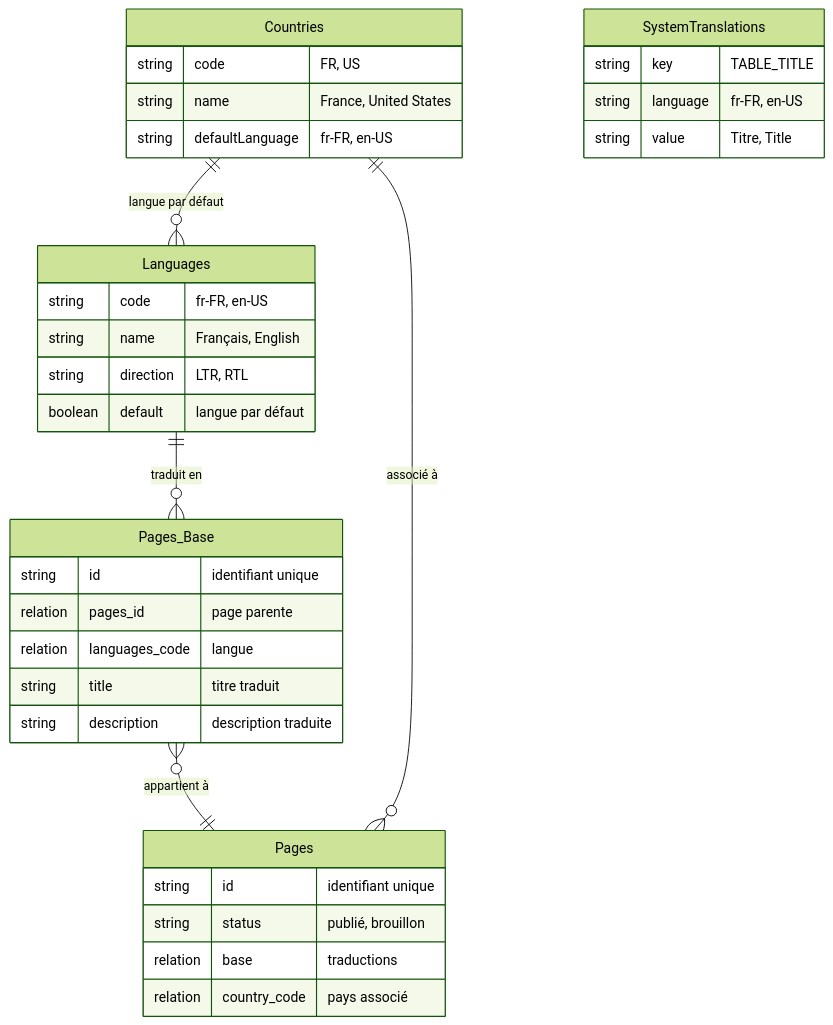
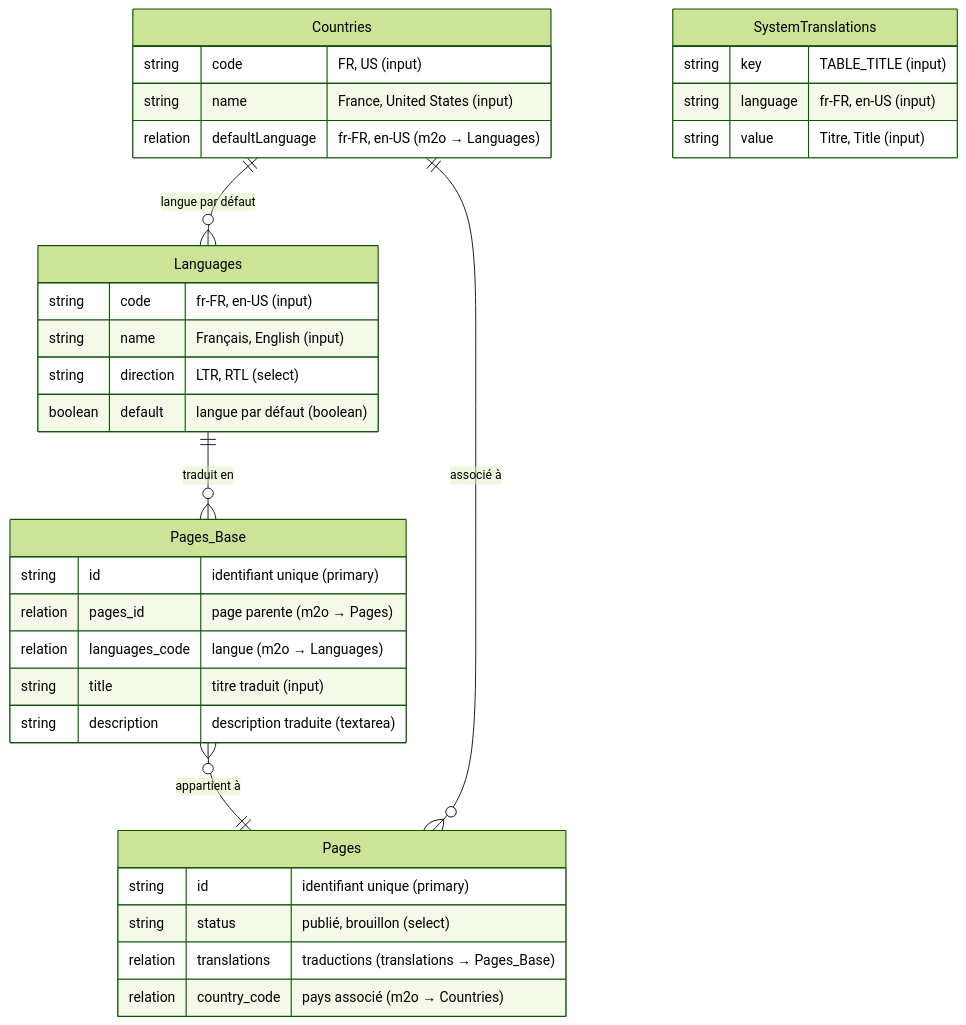
Before and after one commit to idee-web/directus-extension-display-translations-context: the first of 6 diagrams in docs/schema-translations-context-mermaid.md, drawn with Mermaid (forest theme). The commit also changed 2 other files, not shown here.

Commit message:
Initial commit of the Directus extension for displaying translations context.

````diff
--- a/docs/schema-translations-context-mermaid.md
+++ b/docs/schema-translations-context-mermaid.md
@@ -7,41 +7,41 @@
 ```mermaid
 erDiagram
     Languages ||--o{ Pages_Base : "traduit en"
     Pages_Base }o--|| Pages : "appartient à"
     Countries ||--o{ Pages : "associé à"
     Countries ||--o{ Languages : "langue par défaut"
 
     Languages {
-        string code "fr-FR, en-US"
-        string name "Français, English"
-        string direction "LTR, RTL"
-        boolean default "langue par défaut"
+        string code "fr-FR, en-US (input)"
+        string name "Français, English (input)"
+        string direction "LTR, RTL (select)"
+        boolean default "langue par défaut (boolean)"
     }
 
     Countries {
-        string code "FR, US"
-        string name "France, United States"
-        string defaultLanguage "fr-FR, en-US"
+        string code "FR, US (input)"
+        string name "France, United States (input)"
+        relation defaultLanguage "fr-FR, en-US (m2o → Languages)"
     }
 
     Pages {
-        string id "identifiant unique"
-        string status "publié, brouillon"
-        relation base "traductions"
-        relation country_code "pays associé"
+        string id "identifiant unique (primary)"
+        string status "publié, brouillon (select)"
+        relation translations "traductions (translations → Pages_Base)"
+        relation country_code "pays associé (m2o → Countries)"
     }
 
     Pages_Base {
-        string id "identifiant unique"
-        relation pages_id "page parente"
-        relation languages_code "langue"
-        string title "titre traduit"
-        string description "description traduite"
+        string id "identifiant unique (primary)"
+        relation pages_id "page parente (m2o → Pages)"
+        relation languages_code "langue (m2o → Languages)"
+        string title "titre traduit (input)"
+        string description "description traduite (textarea)"
     }
 
     SystemTranslations {
-        string key "TABLE_TITLE"
-        string language "fr-FR, en-US"
-        string value "Titre, Title"
+        string key "TABLE_TITLE (input)"
+        string language "fr-FR, en-US (input)"
+        string value "Titre, Title (input)"
     }
 ```
````
